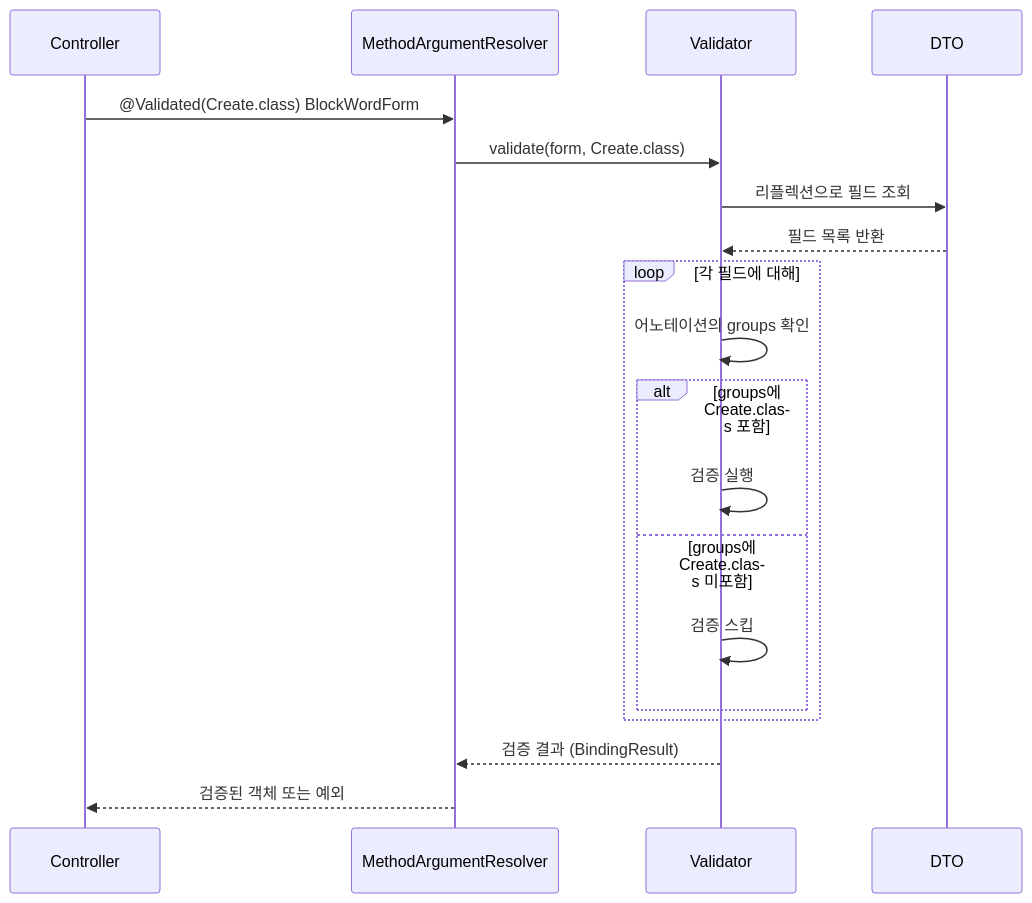
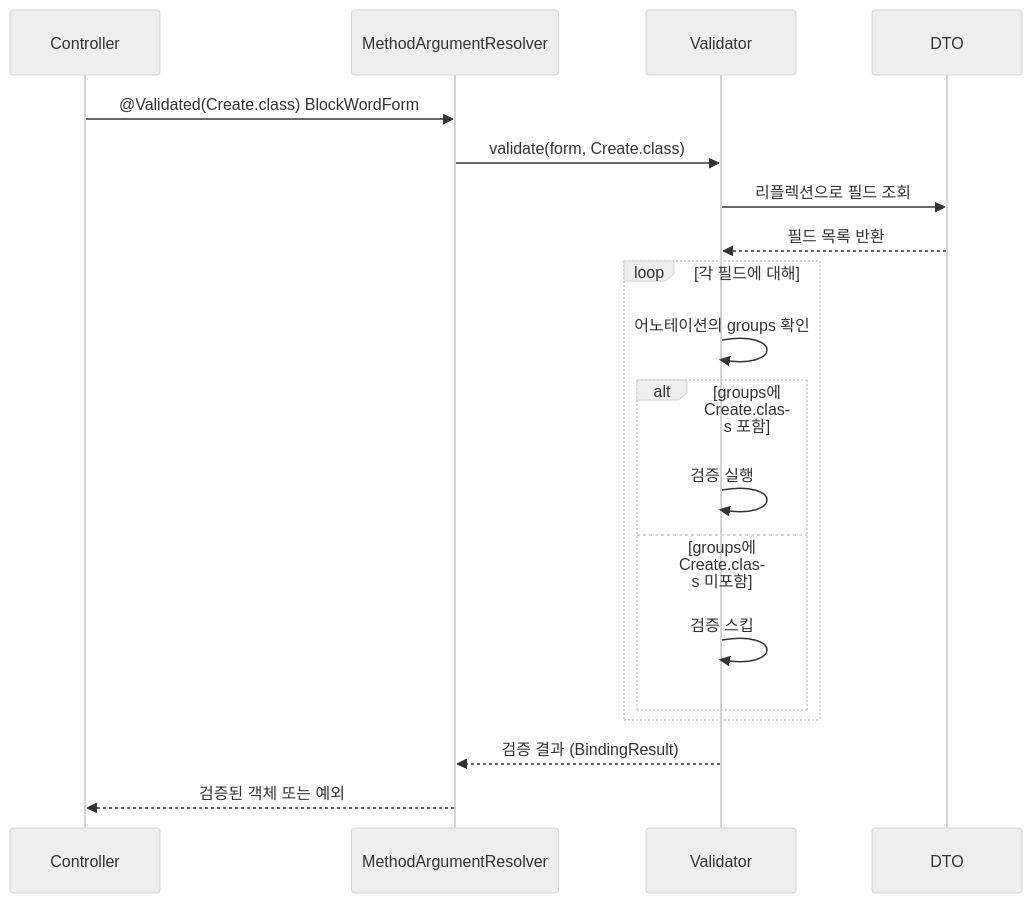
Before and after one commit to Epikoding/epikoding.github.io: the diagram in _posts/2026-01-15-spring-validation-groups.md, drawn with Mermaid. The commit also changed 3 other files, not shown here.

First line of the commit message:
style: Mermaid 다이어그램에 neutral 테마 적용

````diff
--- a/_posts/2026-01-15-spring-validation-groups.md
+++ b/_posts/2026-01-15-spring-validation-groups.md
@@ -152,24 +152,25 @@
 ```mermaid
+%%{init: {'theme':'neutral'}}%%
 sequenceDiagram
     participant C as Controller
     participant R as MethodArgumentResolver
     participant V as Validator
     participant D as DTO
 
     C->>R: @Validated(Create.class) BlockWordForm
     R->>V: validate(form, Create.class)
     V->>D: 리플렉션으로 필드 조회
     D-->>V: 필드 목록 반환
 
     loop 각 필드에 대해
         V->>V: 어노테이션의 groups 확인
         alt groups에 Create.class 포함
             V->>V: 검증 실행
         else groups에 Create.class 미포함
             V->>V: 검증 스킵
         end
     end
 
     V-->>R: 검증 결과 (BindingResult)
     R-->>C: 검증된 객체 또는 예외
 ```
````
